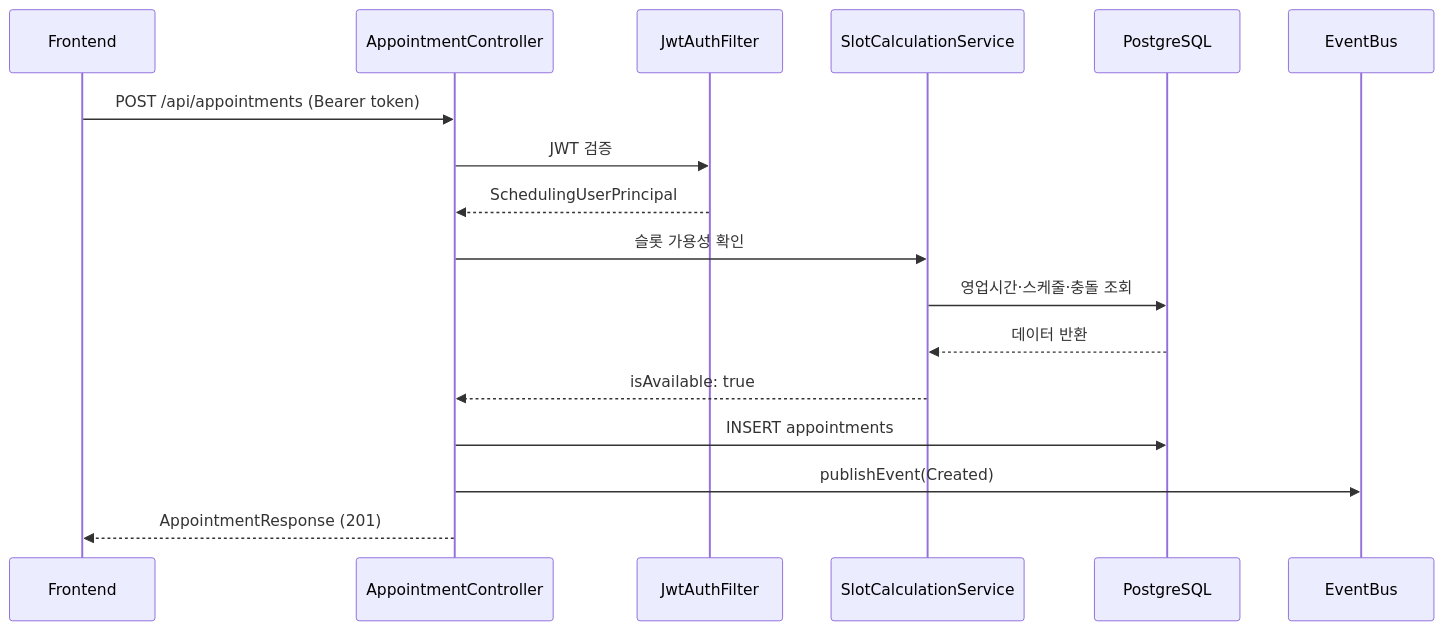
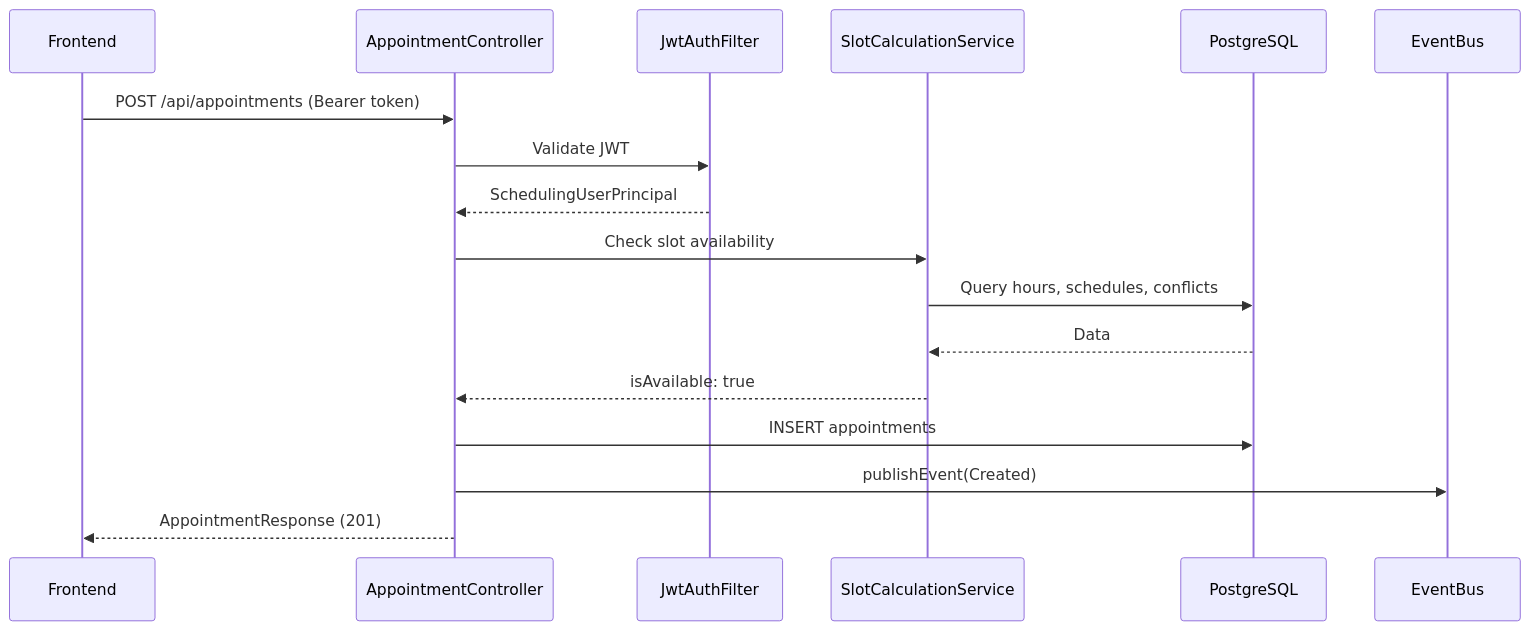
Before and after one commit to bluetape4k/clinic-appointment: the diagram in appointment-api/README.md, drawn with Mermaid. The commit also changed other lines of this file and 13 other files, not shown here.

````diff
--- a/appointment-api/README.md
+++ b/appointment-api/README.md
@@ -34,20 +36,20 @@
 ```mermaid
 sequenceDiagram
     participant FE as Frontend
     participant API as AppointmentController
     participant SEC as JwtAuthFilter
     participant SLOT as SlotCalculationService
     participant DB as PostgreSQL
     participant EVT as EventBus
 
     FE->>API: POST /api/appointments (Bearer token)
-    API->>SEC: JWT 검증
+    API->>SEC: Validate JWT
     SEC-->>API: SchedulingUserPrincipal
-    API->>SLOT: 슬롯 가용성 확인
-    SLOT->>DB: 영업시간·스케줄·충돌 조회
-    DB-->>SLOT: 데이터 반환
+    API->>SLOT: Check slot availability
+    SLOT->>DB: Query hours, schedules, conflicts
+    DB-->>SLOT: Data
     SLOT-->>API: isAvailable: true
     API->>DB: INSERT appointments
     API->>EVT: publishEvent(Created)
     API-->>FE: AppointmentResponse (201)
 ```
````
